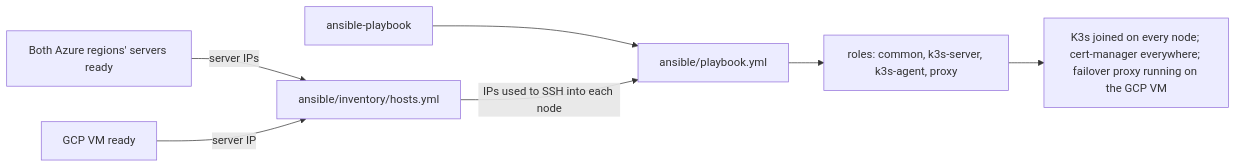
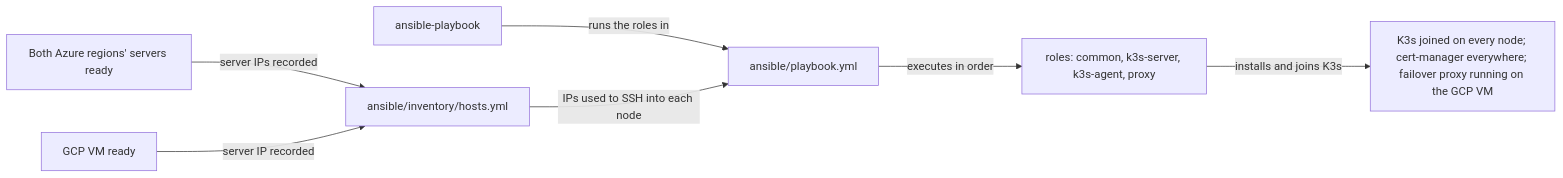
One commit to Dennis4507/cloud-native-ha-platform changed the second of 4 diagrams in README.md. Above: the diagram before and after it, drawn with Mermaid. The commit also changed other lines of this file, not shown here.

First line of the commit message:
Label every arrow in the pipeline diagrams, widen node spacing

````diff
--- a/README.md
+++ b/README.md
@@ -77,9 +78,10 @@
 ```mermaid
+%%{init: {'flowchart': {'nodeSpacing': 60, 'rankSpacing': 80}}}%%
 flowchart LR
-    IN1["Both Azure regions' servers ready"] -->|server IPs| A1["ansible/inventory/hosts.yml"]
-    IN2["GCP VM ready"] -->|server IP| A1
-    CMD3["ansible-playbook"] --> A2["ansible/playbook.yml"]
+    IN1["Both Azure regions' servers ready"] -->|server IPs recorded| A1["ansible/inventory/hosts.yml"]
+    IN2["GCP VM ready"] -->|server IP recorded| A1
+    CMD3["ansible-playbook"] -->|runs the roles in| A2["ansible/playbook.yml"]
     A1 -->|IPs used to SSH into each node| A2
-    A2 --> A3["roles: common, k3s-server, k3s-agent, proxy"]
-    A3 --> OUT3["K3s joined on every node; cert-manager everywhere; failover proxy running on the GCP VM"]
+    A2 -->|executes in order| A3["roles: common, k3s-server, k3s-agent, proxy"]
+    A3 -->|installs and joins K3s| OUT3["K3s joined on every node; cert-manager everywhere; failover proxy running on the GCP VM"]
 ```
````
